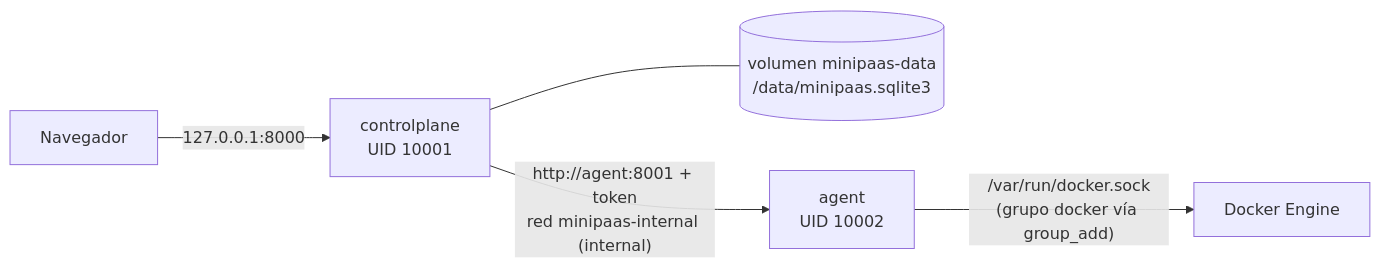
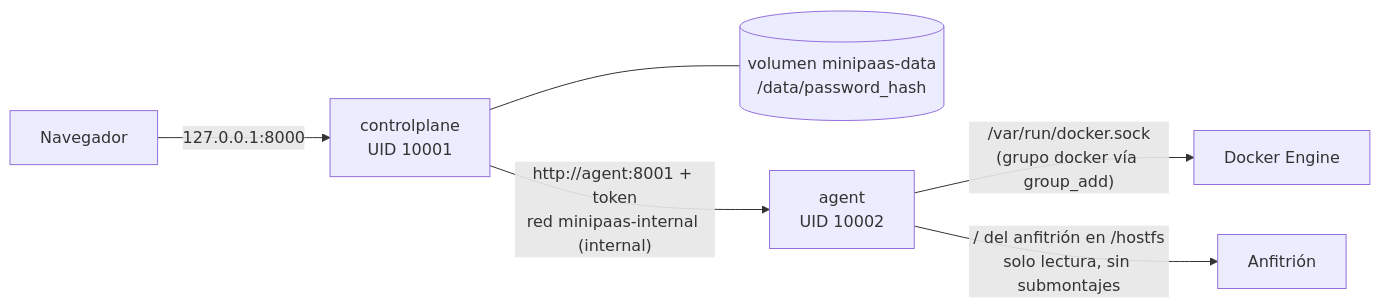
Before and after one commit to javialbala/Server-Monitoring-Service: the diagram in docs/guia-desarrollo.md, drawn with Mermaid. The commit also changed other lines of this file and 18 other files, not shown here.

Commit message:
docs: renovación a plataforma de monitorización (arquitectura, requisitos, seguridad, pruebas, roadmap, ADR-036 a 041 e informe)

````diff
--- a/docs/guia-desarrollo.md
+++ b/docs/guia-desarrollo.md
@@ -95,7 +100,8 @@
 ```mermaid
 flowchart LR
     B[Navegador] -- "127.0.0.1:8000" --> CP[controlplane<br/>UID 10001]
-    CP --- V[(volumen minipaas-data<br/>/data/minipaas.sqlite3)]
+    CP --- V[(volumen minipaas-data<br/>/data/password_hash)]
     CP -- "http://agent:8001 + token<br/>red minipaas-internal (internal)" --> AG[agent<br/>UID 10002]
     AG -- "/var/run/docker.sock<br/>(grupo docker vía group_add)" --> D[Docker Engine]
+    AG -- "/ del anfitrión en /hostfs<br/>solo lectura, sin submontajes" --> H[Anfitrión]
 ```
````
